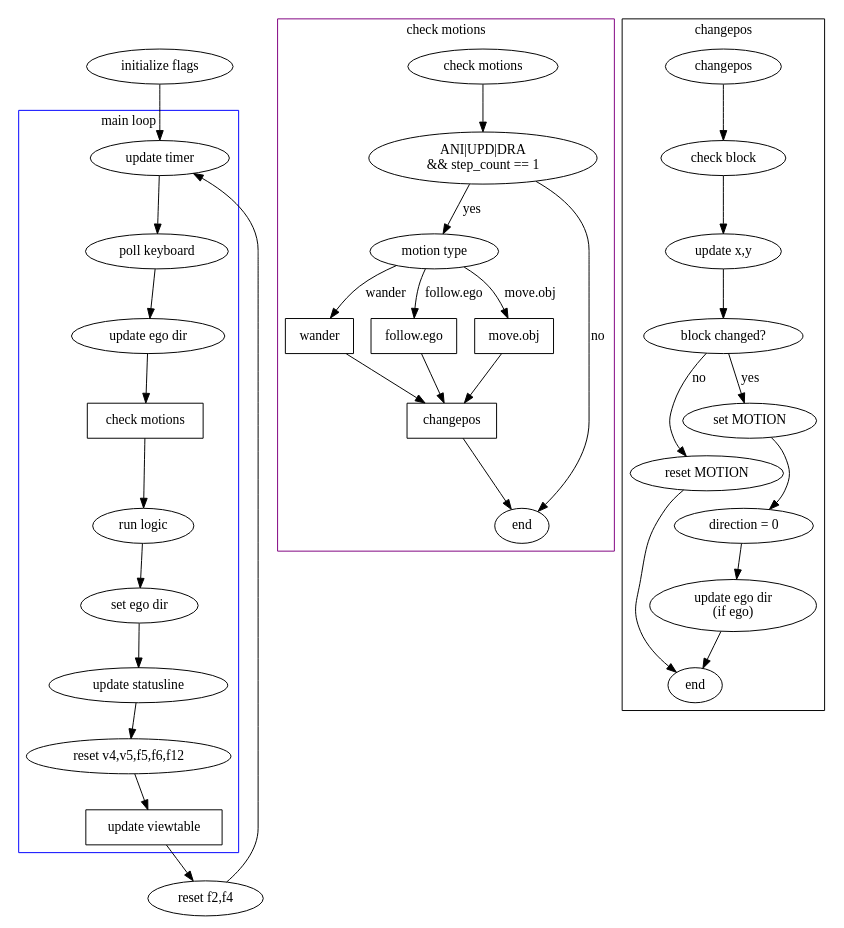
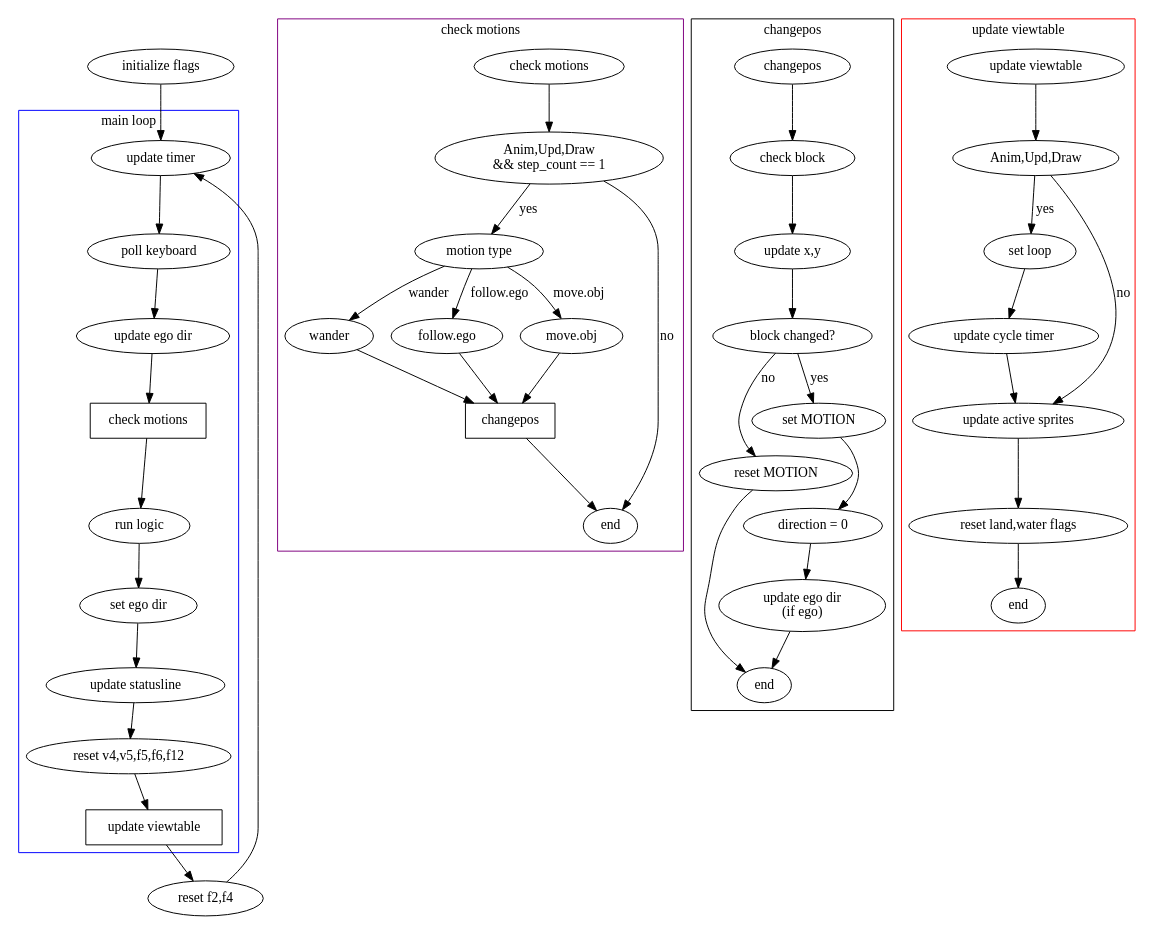
The diagram in doc/flowchart.dot (cmatsuoka/sarien), drawn with Graphviz before and after one commit. The commit also changed 2 other files, not shown here.

Commit message:
AGI flowchart updates.

```diff
--- a/doc/flowchart.dot
+++ b/doc/flowchart.dot
@@ -1,82 +1,104 @@
+/*
+ * $Id$
+ */
+
 digraph agi {
 	subgraph cluster_0 {
 		label = "main loop";
 		color = blue;
 
 		"check motions"		[shape=box];
 		"update viewtable"	[shape=box];
 
 		":main loop"
 			-> "poll keyboard"
 			-> "update ego dir"
 			-> "check motions"
 			-> "run logic"
 			-> "set ego dir"
 			-> "update statusline"
 			-> "reset v4,v5,f5,f6,f12"
 			-> "update viewtable";
 
 		":main loop" [label="update timer"];
 	}
 
 	subgraph cluster_1 {
 		label = "check motions";
 		color = purple;
 
-		"wander"	[shape=box];
-		"follow.ego"	[shape=box];
-		"move.obj"	[shape=box];
 		"changepos"	[shape=box];
 
 		":check motions" -> "motion test";
 
 		"motion test" -> "motion type"		[label="yes"];
 		"motion test" -> "$check motions"	[label="no"];
 
 		"motion type" -> "wander"	[label="wander"];
 		"motion type" -> "follow.ego"	[label="follow.ego"];
 		"motion type" -> "move.obj"	[label="move.obj"];
 
 		"wander" -> "changepos";
 		"follow.ego" -> "changepos";
 		"move.obj" -> "changepos";
 		
 		"changepos" -> "$check motions";
 		
-		"motion test" [label="ANI|UPD|DRA\n&& step_count == 1"];
+		"motion test" [label="Anim,Upd,Draw\n&& step_count == 1"];
 
 		":check motions" [label="check motions"];
 		"$check motions" [label="end"];
 	}
 
 	subgraph cluster_2 {
 		label = "changepos";
 		color = "dark green";
 
 		":changepos"
 			-> "check block"
 			-> "update x,y"
 			-> "block changed?";
 
 		"block changed?" -> "reset MOTION"	[label="no"];
 		"block changed?" -> "set MOTION"	[label="yes"];
 
 		"set MOTION"
 			-> "direction = 0"
 			-> "update ego dir\n(if ego)"
 			-> "$changepos";
 		
 		"reset MOTION"
 			-> "$changepos";
 
 		":changepos" [label="changepos"];
 		"$changepos" [label="end"];
 	}
 
+	subgraph cluster_3 {
+		label = "update viewtable";
+		color = "red";
+
+		":update viewtable" -> "update test";
+
+		"update test" -> "set loop"			[label="yes"];
+		"update test" -> "update active sprites"	[label="no"];
+
+		"set loop"
+			-> "update cycle timer"
+			-> "update active sprites"
+			-> "reset land,water flags"
+			-> "$update viewtable";
+
+		"update test" [label="Anim,Upd,Draw"];
+
+		":update viewtable" [label="update viewtable"];
+		"$update viewtable" [label="end"];
+	}
+
 	"initialize flags" -> ":main loop";
 
 	"update viewtable"
 		-> "reset f2,f4"
 		-> ":main loop";
 
 }
```
